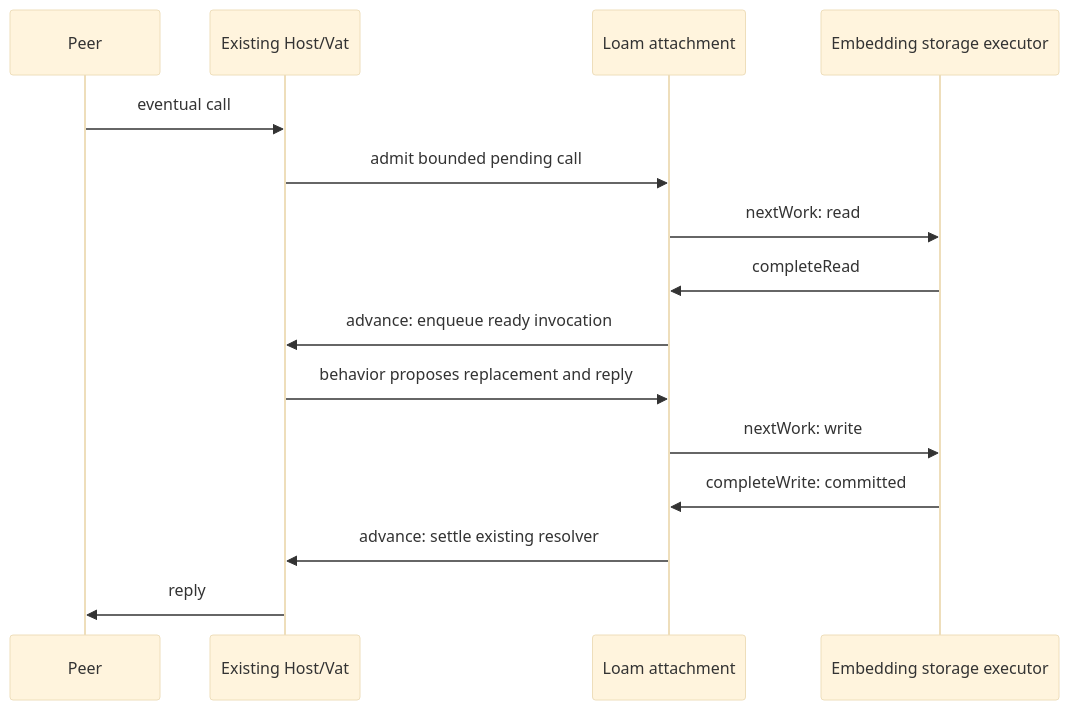
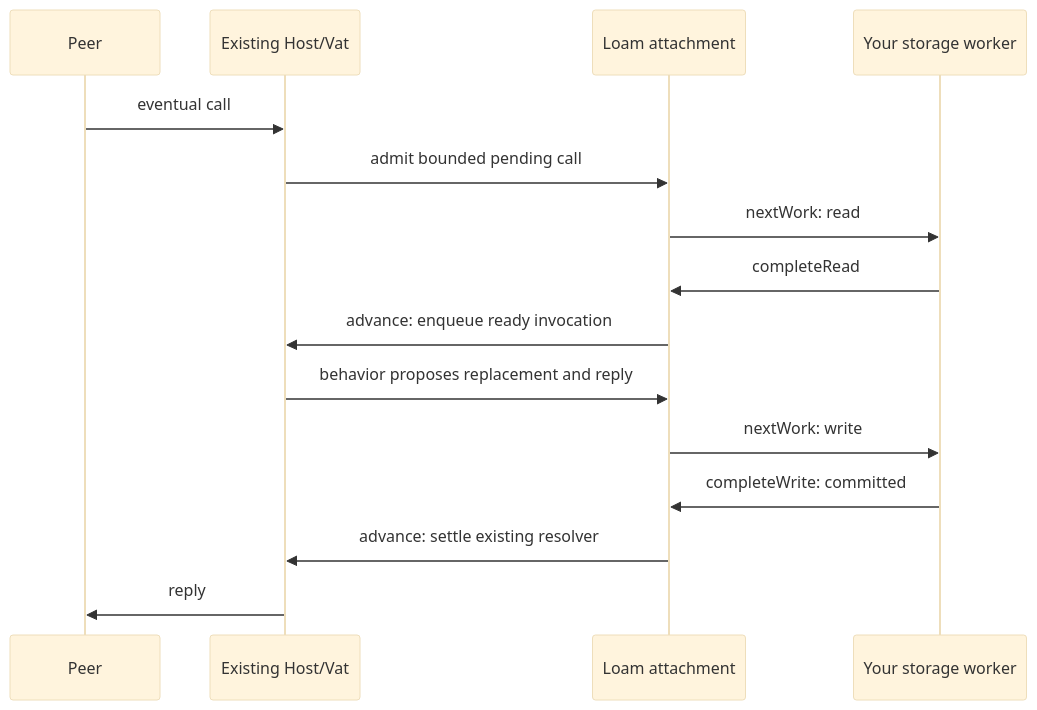
One commit to glowcap-org/glowcap changed the second of 2 diagrams in docs/loam.md. Above: the diagram before and after it, drawn with Mermaid (base theme). The commit also changed other lines of this file and 2057 other files, not shown here.

````diff
--- a/docs/loam.md
+++ b/docs/loam.md
@@ -284,17 +246,17 @@
 ```mermaid
 sequenceDiagram
     participant Peer
     participant Host as Existing Host/Vat
     participant Loam as Loam attachment
-    participant Worker as Embedding storage executor
+    participant Worker as Your storage worker
     Peer->>Host: eventual call
     Host->>Loam: admit bounded pending call
     Loam->>Worker: nextWork: read
     Worker->>Loam: completeRead
     Loam->>Host: advance: enqueue ready invocation
     Host->>Loam: behavior proposes replacement and reply
     Loam->>Worker: nextWork: write
     Worker->>Loam: completeWrite: committed
     Loam->>Host: advance: settle existing resolver
     Host->>Peer: reply
 ```
````
